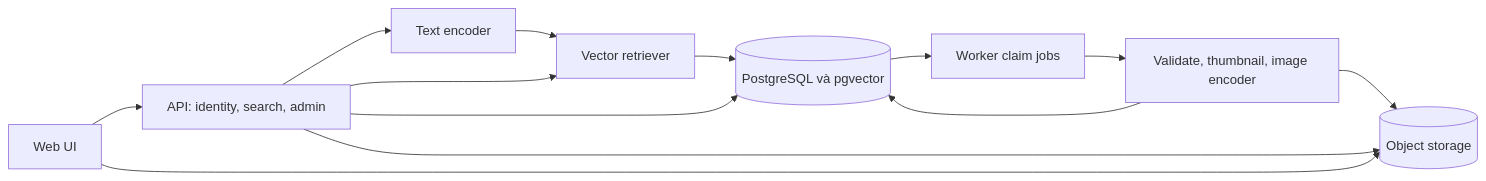
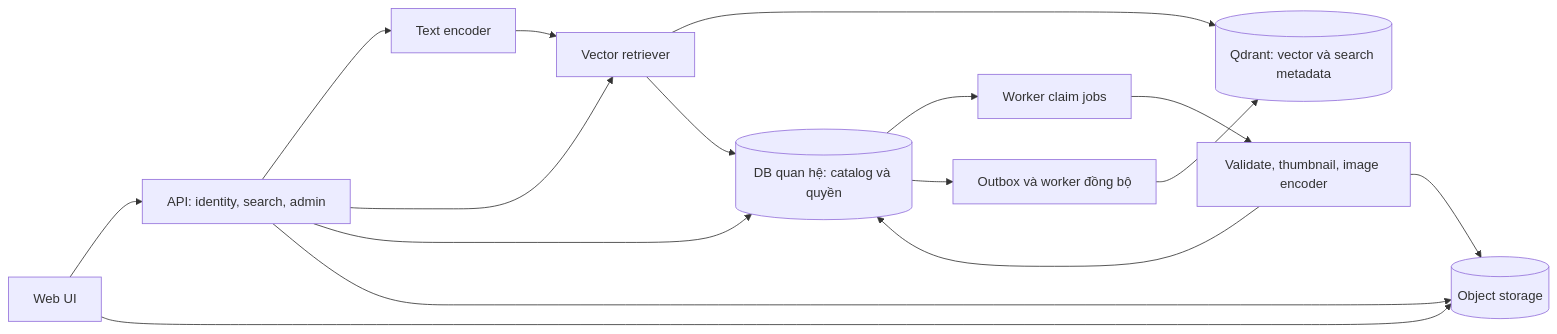
The diagram in docs/system-design.md (thong0609/image-search), drawn with Mermaid before and after one commit. The commit also changed other lines of this file and 15 other files, not shown here.

````diff
--- a/docs/system-design.md
+++ b/docs/system-design.md
@@ -7,15 +7,18 @@
 ```mermaid
 flowchart LR
     UI[Web UI] --> API[API: identity, search, admin]
     API --> ENC[Text encoder]
     ENC --> RET[Vector retriever]
     API --> RET
-    RET --> PG[(PostgreSQL và pgvector)]
+    RET --> QD[(Qdrant: vector và search metadata)]
+    RET --> PG[(DB quan hệ: catalog và quyền)]
     API --> PG
     API --> OBJ[(Object storage)]
     UI --> OBJ
     PG --> JOB[Worker claim jobs]
     JOB --> IMG[Validate, thumbnail, image encoder]
     IMG --> OBJ
     IMG --> PG
+    PG --> SYNC[Outbox và worker đồng bộ]
+    SYNC --> QD
 ```
````
